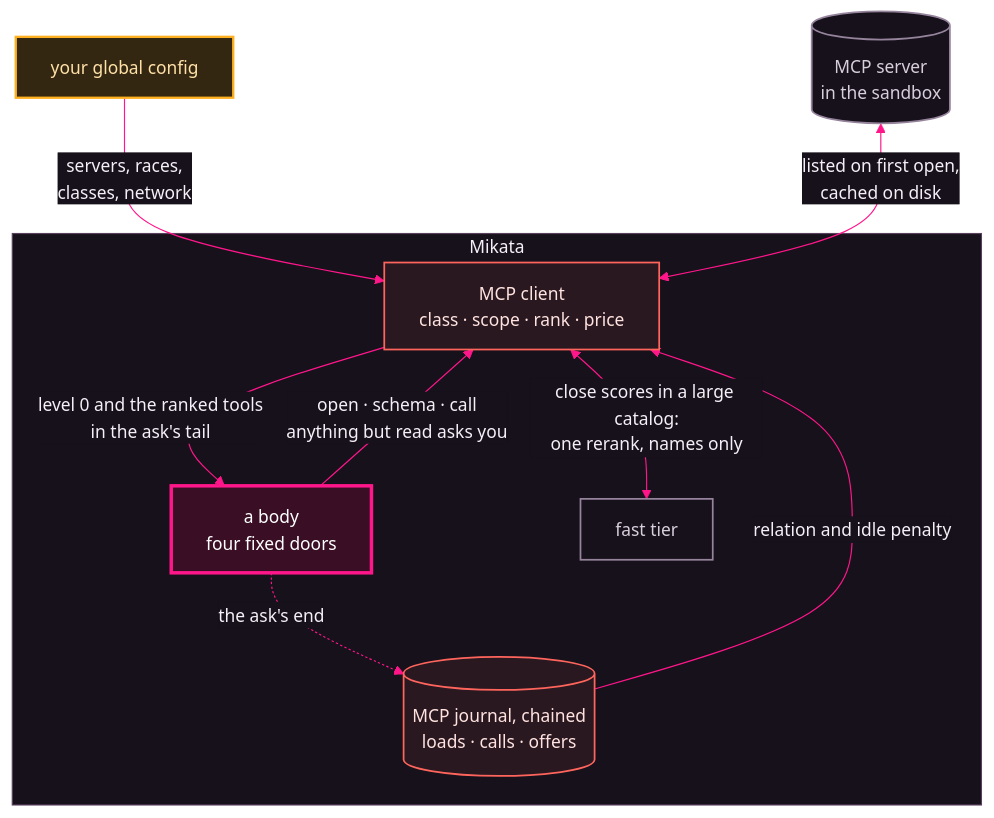
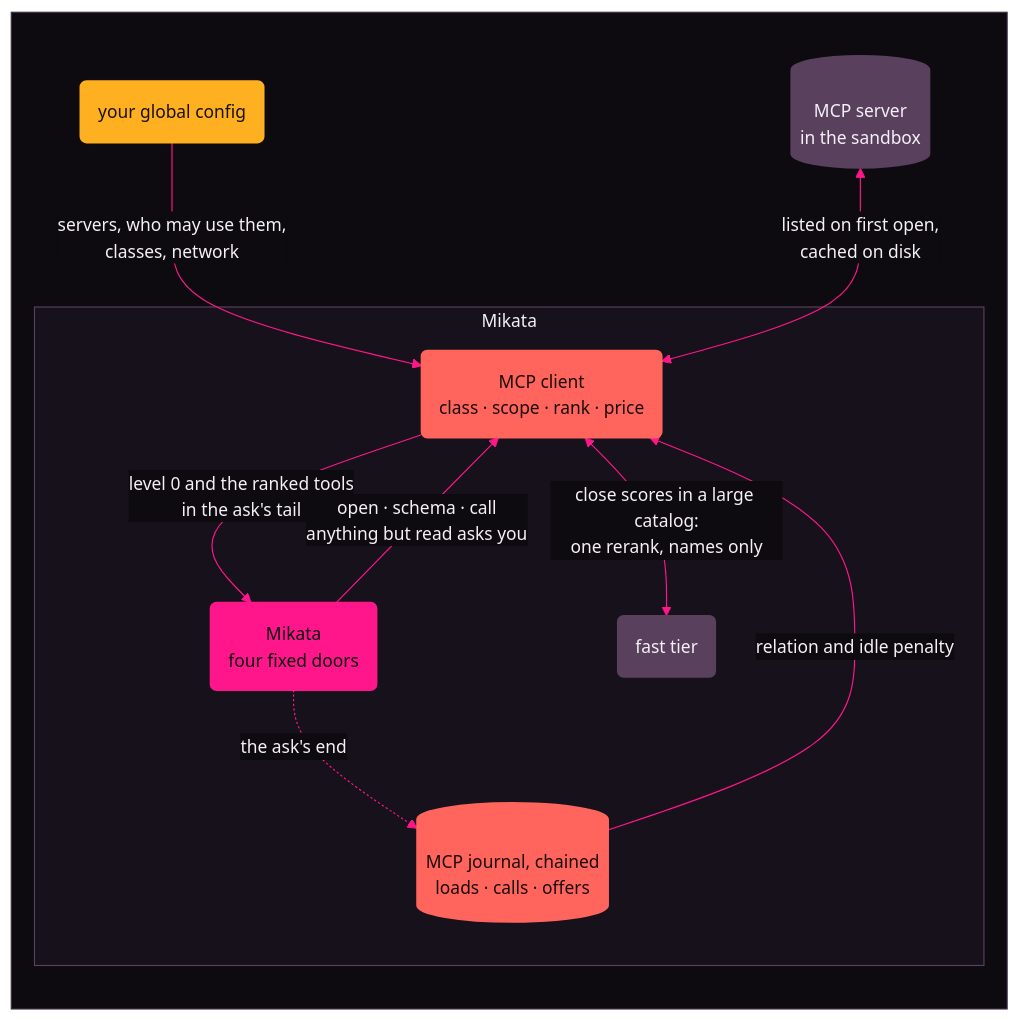
Before and after one commit to Kaginari/mikata: the diagram in docs/06-mcp.md, drawn with Mermaid. The commit also changed other lines of this file and 55 other files, not shown here.

````diff
--- a/docs/06-mcp.md
+++ b/docs/06-mcp.md
@@ -5,74 +5,78 @@
 ```mermaid
 ---
 config:
   theme: base
   themeVariables:
     darkMode: true
     background: "#0d0b10"
     fontFamily: "Inter, Segoe UI, system-ui, -apple-system, Helvetica, Arial, sans-serif"
     fontSize: "15px"
-    primaryColor: "#211824"
+    primaryColor: "#3d2b40"
     primaryTextColor: "#f5eff7"
-    primaryBorderColor: "#ff168a"
-    secondaryColor: "#2c2030"
+    primaryBorderColor: "#3d2b40"
+    secondaryColor: "#59405d"
     secondaryTextColor: "#f5eff7"
-    secondaryBorderColor: "#ff655c"
+    secondaryBorderColor: "#59405d"
     tertiaryColor: "#16111b"
     tertiaryTextColor: "#f5eff7"
-    tertiaryBorderColor: "#59405d"
+    tertiaryBorderColor: "#3d2b40"
     lineColor: "#ff168a"
     textColor: "#f5eff7"
     titleColor: "#f5eff7"
-    edgeLabelBackground: "#16111b"
+    edgeLabelBackground: "#0d0b10"
     clusterBkg: "#16111b"
-    clusterBorder: "#59405d"
-    noteBkgColor: "#332711"
-    noteTextColor: "#ffe1a8"
+    clusterBorder: "#3d2b40"
+    noteBkgColor: "#ffb020"
+    noteTextColor: "#1a1205"
     noteBorderColor: "#ffb020"
-    actorBkg: "#211824"
-    actorBorder: "#ff168a"
+    actorBkg: "#3d2b40"
+    actorBorder: "#3d2b40"
     actorTextColor: "#f5eff7"
     actorLineColor: "#59405d"
     signalColor: "#ff655c"
     signalTextColor: "#f5eff7"
-    labelBoxBkgColor: "#211824"
-    labelBoxBorderColor: "#ff168a"
+    labelBoxBkgColor: "#3d2b40"
+    labelBoxBorderColor: "#3d2b40"
     labelTextColor: "#f5eff7"
     loopTextColor: "#f5eff7"
-    activationBkgColor: "#3a0f26"
+    activationBkgColor: "#ff168a"
     activationBorderColor: "#ff168a"
     sequenceNumberColor: "#0d0b10"
     transitionColor: "#ff168a"
     transitionLabelColor: "#f5eff7"
     stateLabelColor: "#f5eff7"
-    stateBkg: "#211824"
-    labelBackgroundColor: "#16111b"
+    stateBkg: "#3d2b40"
+    labelBackgroundColor: "#0d0b10"
     compositeBackground: "#16111b"
-    compositeTitleBackground: "#211824"
+    compositeTitleBackground: "#3d2b40"
     altBackground: "#16111b"
     specialStateColor: "#b6f542"
     innerEndBackground: "#b6f542"
   flowchart:
     wrappingWidth: 360
 ---
 flowchart TD
-    H["your global config"] -->|"servers, races,<br/>classes, network"| C
-    S[("MCP server<br/>in the sandbox")] <-->|"listed on first open,<br/>cached on disk"| C["MCP client<br/>class · scope · rank · price"]
-    subgraph mikata["Mikata"]
-      C -->|"level 0 and the ranked tools<br/>in the ask's tail"| A["a body<br/>four fixed doors"]
-      A -->|"open · schema · call<br/>anything but read asks you"| C
-      L[("MCP journal, chained<br/>loads · calls · offers")] -->|"relation and idle penalty"| C
-      A -. "the ask's end" .-> L
-      C <-->|"close scores in a large catalog:<br/>one rerank, names only"| F["fast tier"]
+    subgraph MIKATA_BG[" "]
+      direction TB
+      H("your global config") -->|"servers, who may use them,<br/>classes, network"| C
+      S[("MCP server<br/>in the sandbox")] <-->|"listed on first open,<br/>cached on disk"| C("MCP client<br/>class · scope · rank · price")
+      subgraph mikata["Mikata"]
+        C -->|"level 0 and the ranked tools<br/>in the ask's tail"| A("Mikata<br/>four fixed doors")
+        A -->|"open · schema · call<br/>anything but read asks you"| C
+        L[("MCP journal, chained<br/>loads · calls · offers")] -->|"relation and idle penalty"| C
+        A -. "the ask's end" .-> L
+        C <-->|"close scores in a large catalog:<br/>one rerank, names only"| F("fast tier")
+      end
     end
-    classDef human fill:#332711,stroke:#ffb020,stroke-width:2px,color:#ffe1a8
+    classDef human fill:#ffb020,stroke:#ffb020,stroke-width:2px,color:#1a1205
     class H human
-    classDef outside fill:#16111b,stroke:#95849c,stroke-width:1.5px,color:#d8cfdc
+    classDef outside fill:#59405d,stroke:#59405d,stroke-width:1.5px,color:#f5eff7
     class S outside
-    classDef store fill:#2a1820,stroke:#ff655c,stroke-width:1.5px,color:#ffe3e0
+    classDef store fill:#ff655c,stroke:#ff655c,stroke-width:1.5px,color:#1a0a0a
     class C,L store
     class F outside
-    classDef throne fill:#3a0f26,stroke:#ff168a,stroke-width:3px,color:#ffffff
-    class A throne
+    classDef core fill:#ff168a,stroke:#ff168a,stroke-width:2px,color:#0d0b10
+    class A core
     style mikata fill:#16111b,stroke:#59405d,color:#f5eff7
+    style MIKATA_BG fill:#0d0b10,stroke:#3d2b40,color:#0d0b10
 ```
````
